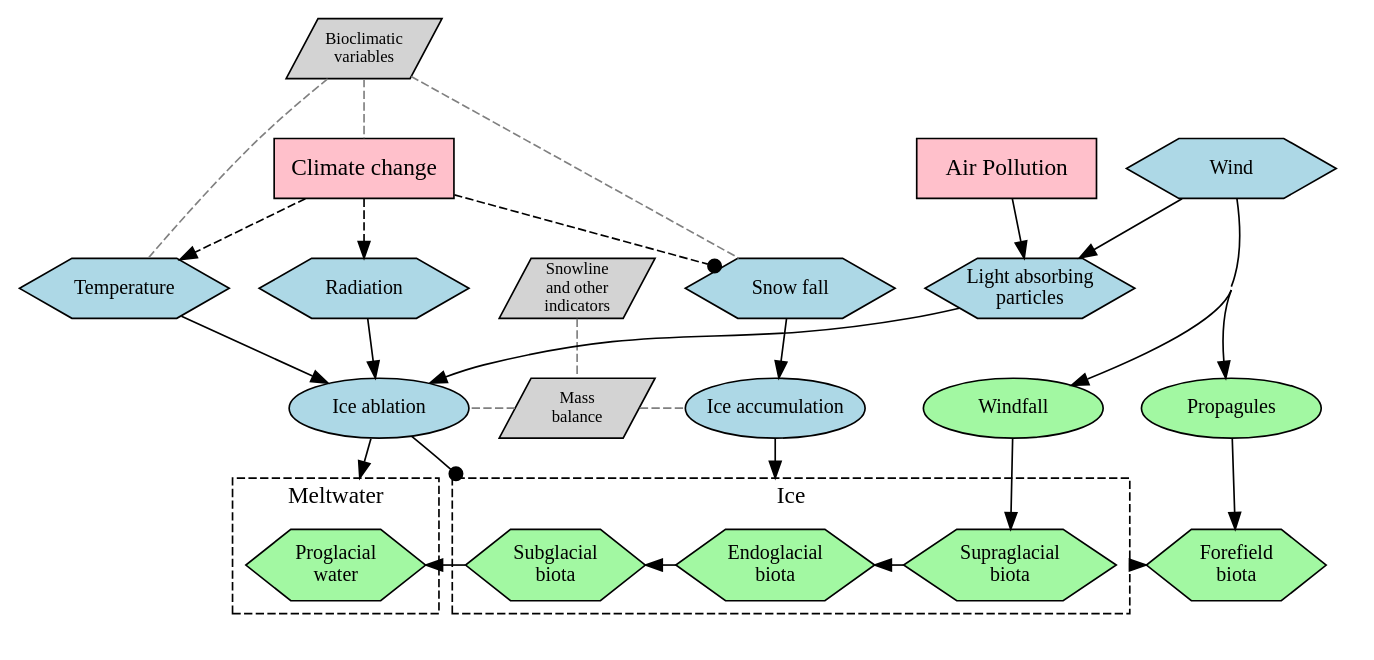
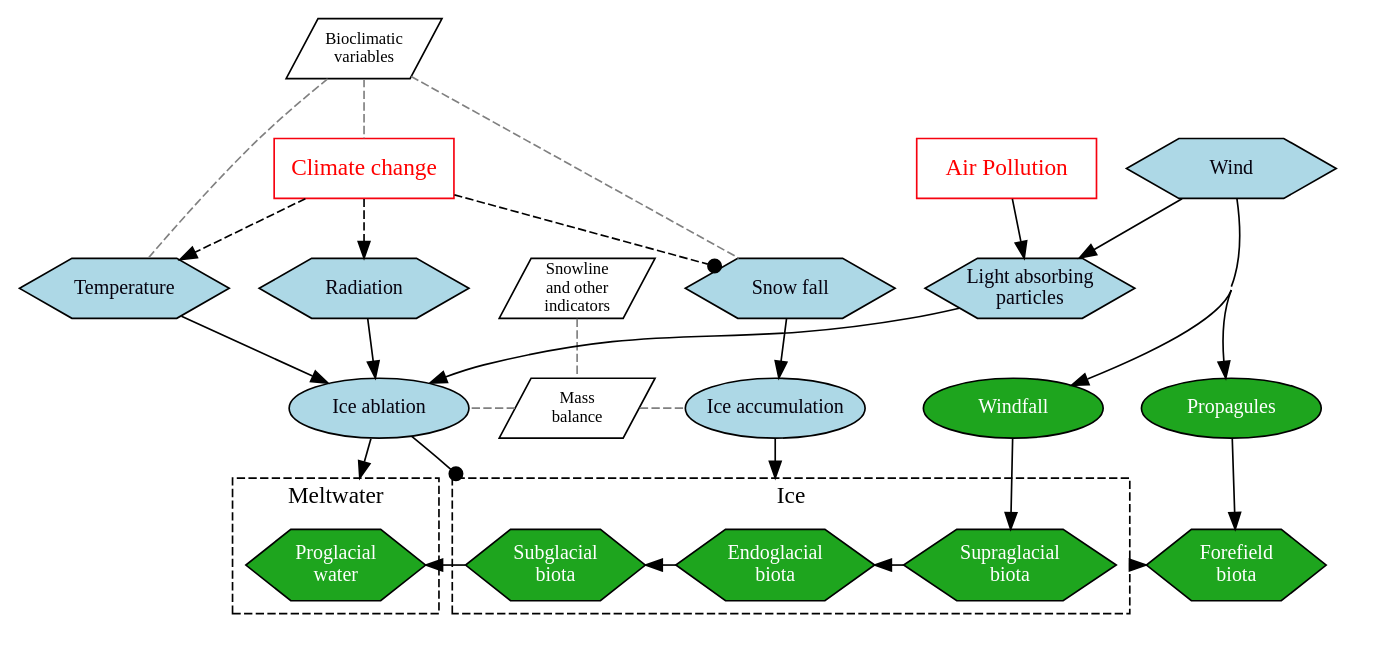
Before and after one commit to red-list-ecosystem/T6.1-SA-01-VE-01-Cordillera-Merida: the diagram in assets/CEM-Venezuela-TGE.gv, drawn with Graphviz. The commit also changed 9 other files, not shown here.

```diff
--- a/assets/CEM-Venezuela-TGE.gv
+++ b/assets/CEM-Venezuela-TGE.gv
@@ -1,103 +1,105 @@
 digraph G {
     #label = "Conceptual Ecosystem Model for Tropical glacier ecosystem of the Cordillera de Mérida"
     compound=true; #nodesep=1.0;
     newrank=true;
     rankdir=TB;
     #layout=fdp
     #layout=neato
     concentrate=True;
     #layout=twopi;
-    { node [ shape=parallelogram fontsize=10 fixedsize=true fillcolor=lightgrey style=filled width=1.25]
+    { node [ shape=parallelogram fontsize=10 fixedsize=true fillcolor=white style=filled width=1.25]
         IN1 [label="Bioclimatic\nvariables"]
         IN2 [label="Snowline\nand other\nindicators"]
         IN3 [label="Mass\nbalance"]
       #  IN4 [label="Species\ndistribution"]
       # IN5 [label="Species\nabundance\nand diversity"]
     }
   {
-    node [margin=0 fillcolor= lightblue fontcolor=black fontsize=12 shape= hexagon style=filled fixedsize=true width=1.75]
+    node [margin=0 fillcolor=lightblue fontcolor="#06020F" fontsize=12 shape= hexagon style=filled fixedsize=true width=1.75]
     AE1 [label="Snow fall"]
     AE2 [label="Temperature"]
     AE3 [label="Radiation"]
     AE4 [label="Light absorbing\nparticles"]
     AE5 [label="Wind"]
     #AE5 [label="Ice substrate"]
     #AE6 [label="Meltwater"]
   }
   {
-    node [ shape=ellipse fillcolor=lightblue fontsize=12 style=filled fixedsize=true width=1.5]
+    node [ shape=ellipse fillcolor=lightblue fontcolor="#06020F" fontsize=12 style=filled fixedsize=true width=1.5]
     AP1 [label="Ice accumulation"]
     AP2 [label="Ice ablation"]
   }
   {
-    node [shape=rectangle fillcolor=pink style=filled fixedsize=true width=1.5]
+    node [shape=rectangle fillcolor=white color="#F6020F" fontcolor=red style=filled fixedsize=true width=1.5]
     TR1 [label="Air Pollution"]
     # TR2 [label="Vulcanism"]
     TR3 [label="Climate change"]
   }
   {
-    node [shape=ellipse fillcolor="#7ef57eb7" fontsize=12 style=filled width=1.5]
+    node [shape=ellipse fillcolor="#1ea51e" fontcolor=white fontsize=12 style=filled width=1.5]
     BP1 [label="Propagules"]
     BP2 [label="Windfall "] # (nutrients and propagules)
   }
   {
-    node [margin=0 fillcolor="#7ef57eb7" fontcolor=black fontsize=12 width=1.5 shape=hexagon style=filled fixedsize=false]
+    node [margin=0 fillcolor="#1ea51e" fontcolor=white fontsize=12 width=1.5 shape=hexagon style=filled fixedsize=false]
     CB1 [label="Supraglacial\nbiota"]
     CB2 [label="Endoglacial\nbiota"]
     CB3 [label="Subglacial\nbiota"]
     CB4 [label="Proglacial\nwater"]
     CB5 [label="Forefield\nbiota"]
   }
   subgraph clusterBio {
       label=""
       style="invis"
       rank="same";
 
     subgraph clusterIce {
           label = "Ice" style = "dashed" pos="topright"
         #subgraph {
             CB1 -> CB2 -> CB3
         #}
     }
     subgraph clusterMelt {
       label = "Meltwater" style = "dashed"
       CB4
     }
     subgraph {
         CB5 #IN5
     }
     }
 
   subgraph clusterMB {
       rank="same";
       label=""
       style="invis"
       {AP1 AP2 IN3}
   }
   #CB1->IN4 [ arrowhead=none ]
 
    AP2 -> CB3 [arrowhead=dot lhead=clusterIce]
    AP1 -> CB2 [lhead=clusterIce]
    AP2 -> CB4 [lhead=clusterMelt]
     BP2 -> CB1
     {CB3} -> CB4 
     CB1 -> CB5 [ltail=clusterIce]
     #BP1 -> {CB2 CB3}
     #CB1 -> BP1
     AE5 -> {AE4 BP2 BP1}
     BP1 -> CB5
     TR1 -> AE4
     # TR2 -> AE2 [ style=dashed ]
     # TR2 -> AE4
     # TR2 -> AE3 [arrowhead=dot style=dashed]
     TR3 -> {AE2 AE3} [ style=dashed ]
     TR3 -> AE1 [arrowhead=dot style=dashed]
     AE1 -> AP1
     AE2 -> AP2
     AE3 -> AP2
     AE4 -> AP2
     IN2->IN3 [ style=dashed  arrowhead=none color=grey ]
     IN1->{TR3; AE1; AE2} [style=dashed  arrowhead=none color=grey ]
     IN3->{AP1;AP2} [style=dashed arrowhead=none color=grey]
     #CB4->IN5->CB5 [style=tapered arrowhead=none dir=both ]
+    
+ 
 }
```
